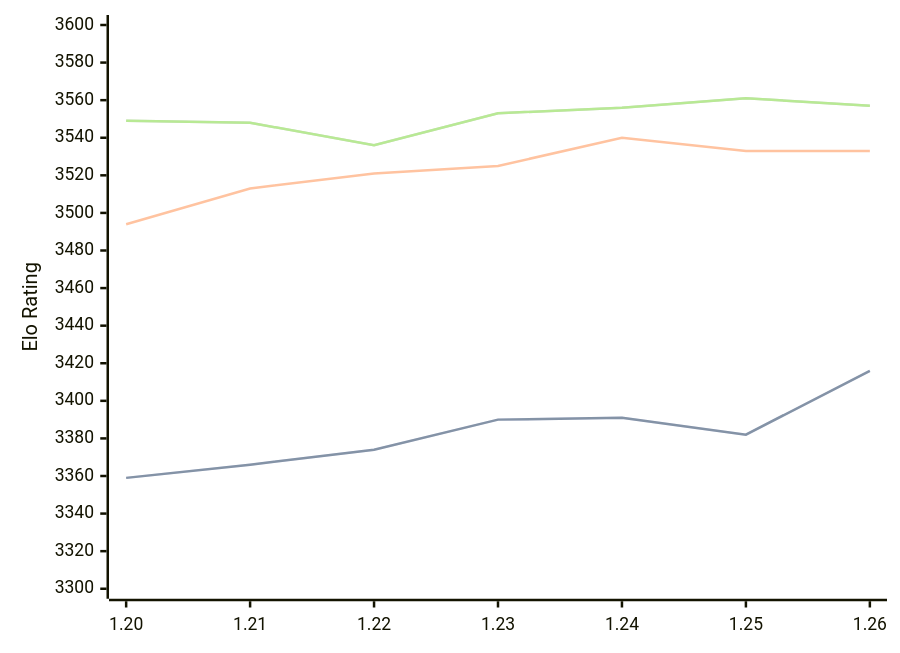
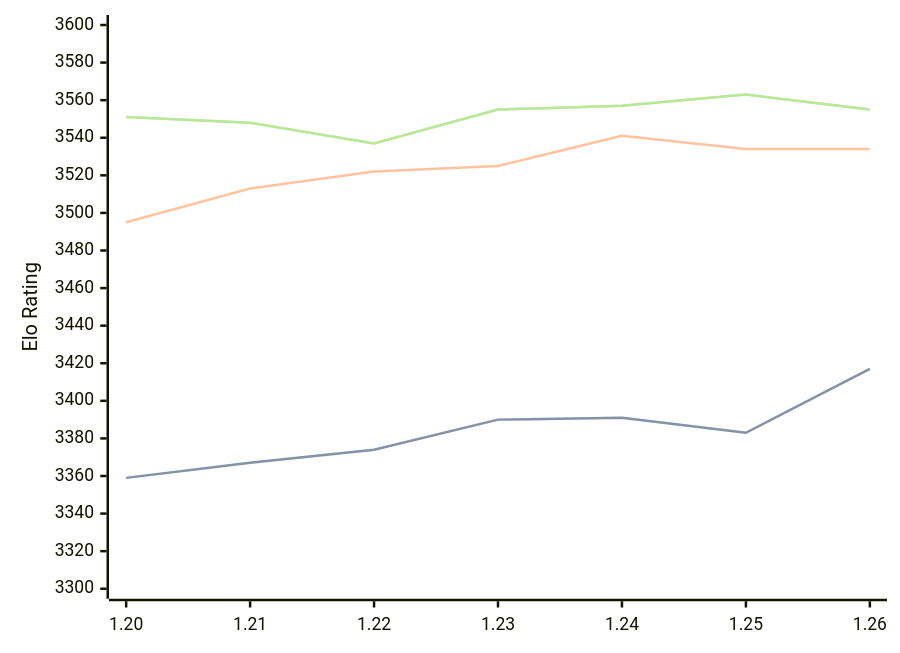
One commit to computer-chess-index/cci changed the diagram in engines/Caissa.md. Above: the diagram before and after it, drawn with Mermaid. The commit also changed other lines of this file, not shown here.

Commit message:
Update CCI Ratings (ELO VLTC) - 2026-09-07

````diff
--- a/engines/Caissa.md
+++ b/engines/Caissa.md
@@ -37,11 +37,11 @@
 ```mermaid
 %%{init: {"theme":"base","themeVariables":{"seriesColors:['#a3a3a3','#222221','#faa371']}}}%%
 xychart-beta
   x-axis ["1.20", "1.21", "1.22", "1.23", "1.24", "1.25", "1.26"]
   y-axis "Elo Rating" 3300 --> 3600
-  line "" [3359, 3366, 3374, 3390, 3391, 3382, 3416]
-  line "STC (8.0+0.08s)" [3359, 3366, 3374, 3390, 3391, 3382, 3416]
-  line "LTC (60.0+0.60s)" [3494, 3513, 3521, 3525, 3540, 3533, 3533]
-  line "" [3549, 3548, 3536, 3553, 3556, 3561, 3557]
-  line "VLTC (2m24s+1.12s)" [3549, 3548, 3536, 3553, 3556, 3561, 3557]
+  line "" [3359, 3367, 3374, 3390, 3391, 3383, 3417]
+  line "STC (8.0+0.08s)" [3359, 3367, 3374, 3390, 3391, 3383, 3417]
+  line "LTC (60.0+0.60s)" [3495, 3513, 3522, 3525, 3541, 3534, 3534]
+  line "" [3551, 3548, 3537, 3555, 3557, 3563, 3555]
+  line "VLTC (2m24s+1.12s)" [3551, 3548, 3537, 3555, 3557, 3563, 3555]
 ```
````
